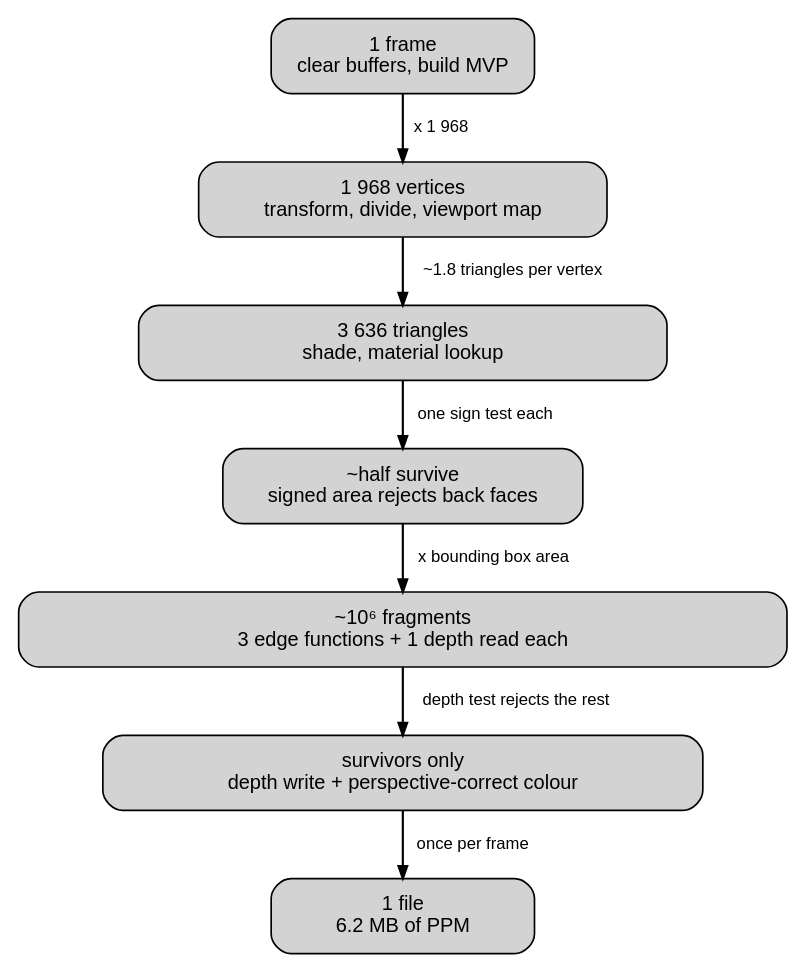
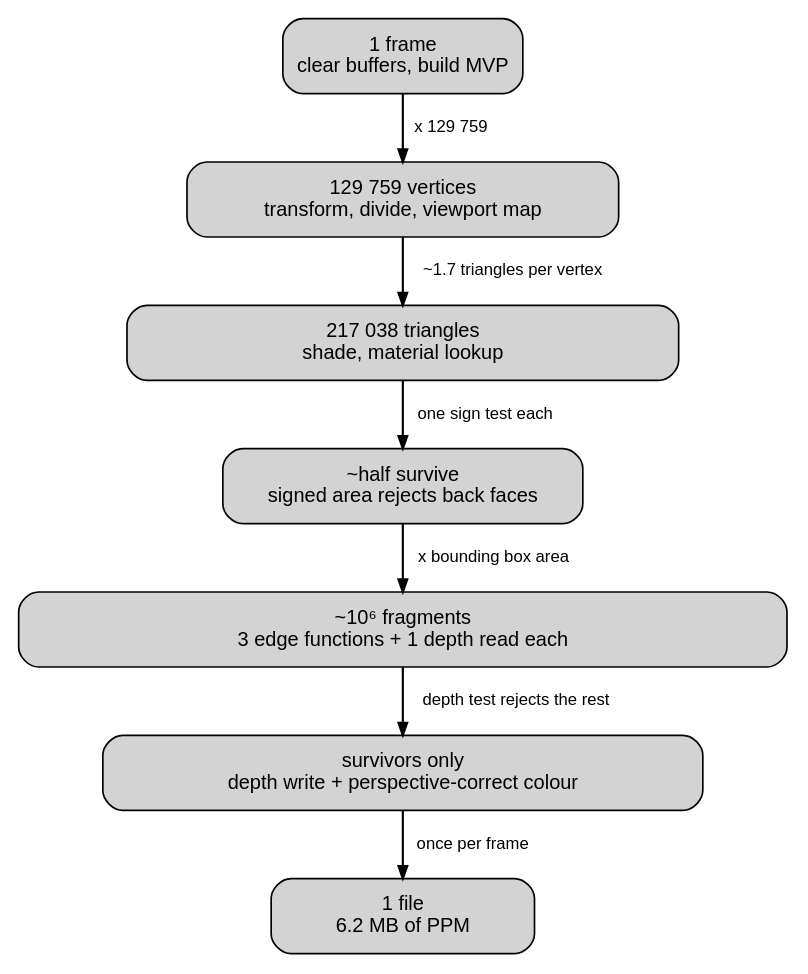
One commit to Hrishikesh-Acharyya/Rasterizer_Simulator changed the diagram in Media/Graphs/work_amplification.dot. Above: the diagram before and after it, drawn with Graphviz. The commit also changed 6 other files, not shown here.

```diff
--- a/Media/Graphs/work_amplification.dot
+++ b/Media/Graphs/work_amplification.dot
@@ -1,42 +1,42 @@
 /*
- * How much work each stage does, per frame, for solids_scene at 1920x1080.
+ * How much work each stage does, per frame, for IronMan.obj at 1920x1080.
  *
  * The ASCII pipeline in the README says what the stages ARE. This says how far
  * apart they are in cost: four orders of magnitude between one vertex and the
  * fragments it helps cover. Node width is drawn in proportion, so the funnel is
  * visible rather than only stated.
  *
  * Note the narrowing at the cull. Backface rejection is the one place the
  * funnel runs backwards -- a per-triangle sign test that removes roughly half
  * the geometry before any per-pixel work happens. Cheap work placed upstream of
  * expensive work is the whole trade.
  *
  * That spread is the architectural argument. Work at the narrow end is worth
  * doing carefully once per vertex; work at the wide end has to be cheap,
  * uniform and parallel, which is the shape of fixed-function hardware.
  *
  * Rendered to PNG by `make graphs`.
  */
 digraph work_amplification {
     rankdir = TB;
     ranksep = 0.40;
     fontname = "Helvetica";
     node [shape=box, style="filled,rounded", fontname="Helvetica", fontsize=12,
           fixedsize=true, height=0.62];
     edge [arrowsize=0.75, penwidth=1.3, fontname="Helvetica", fontsize=10];
 
-    frame     [label="1 frame\nclear buffers, build MVP",              width=2.2];
-    vertex    [label="1 968 vertices\ntransform, divide, viewport map", width=3.4];
-    triangle  [label="3 636 triangles\nshade, material lookup",         width=4.4];
+    frame     [label="1 frame\nclear buffers, build MVP",                 width=2.0];
+    vertex    [label="129 759 vertices\ntransform, divide, viewport map", width=3.6];
+    triangle  [label="217 038 triangles\nshade, material lookup",         width=4.6];
     culled    [label="~half survive\nsigned area rejects back faces",   width=3.0];
     fragment  [label="~10⁶ fragments\n3 edge functions + 1 depth read each", width=6.4];
     survivor  [label="survivors only\ndepth write + perspective-correct colour", width=5.0];
     output    [label="1 file\n6.2 MB of PPM",                           width=2.2];
 
-    frame    -> vertex   [label="  x 1 968"];
-    vertex   -> triangle [label="  ~1.8 triangles per vertex"];
+    frame    -> vertex   [label="  x 129 759"];
+    vertex   -> triangle [label="  ~1.7 triangles per vertex"];
     triangle -> culled   [label="  one sign test each"];
     culled   -> fragment [label="  x bounding box area"];
     fragment -> survivor [label="  depth test rejects the rest"];
     survivor -> output   [label="  once per frame"];
 }
```
